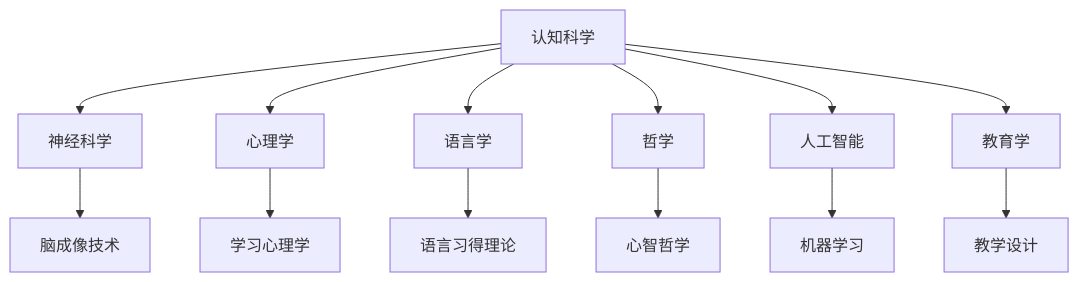
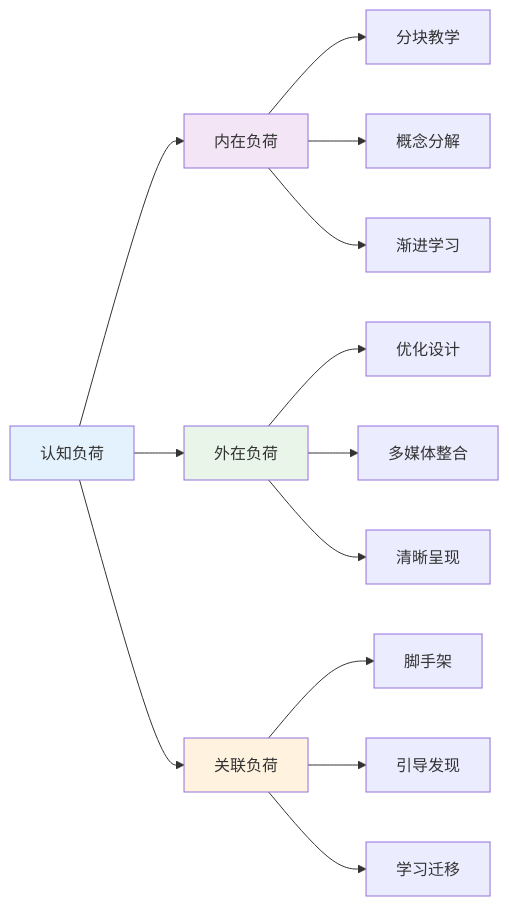
Before and after one commit to AdaMartin18010/SeniorEnducation: the eighth of 12 diagrams in 01-哲学科学基础/01-认知科学与学习理论.md, drawn with Mermaid. The commit also changed other lines of this file and 16 other files, not shown here.

````diff
--- a/01-哲学科学基础/01-认知科学与学习理论.md
+++ b/01-哲学科学基础/01-认知科学与学习理论.md
@@ -192,16 +342,23 @@
 ```mermaid
-graph TD
-    A[认知科学] --> B[神经科学]
-    A --> C[心理学]
-    A --> D[语言学]
-    A --> E[哲学]
-    A --> F[人工智能]
-    A --> G[教育学]
+graph LR
+    A[认知负荷] --> B[内在负荷]
+    A --> C[外在负荷]
+    A --> D[关联负荷]
     
-    B --> H[脑成像技术]
-    C --> I[学习心理学]
-    D --> J[语言习得理论]
-    E --> K[心智哲学]
-    F --> L[机器学习]
-    G --> M[教学设计]
+    B --> B1[分块教学]
+    B --> B2[概念分解]
+    B --> B3[渐进学习]
+    
+    C --> C1[优化设计]
+    C --> C2[多媒体整合]
+    C --> C3[清晰呈现]
+    
+    D --> D1[脚手架]
+    D --> D2[引导发现]
+    D --> D3[学习迁移]
+    
+    style A fill:#e3f2fd
+    style B fill:#f3e5f5
+    style C fill:#e8f5e8
+    style D fill:#fff3e0
 ```
````
